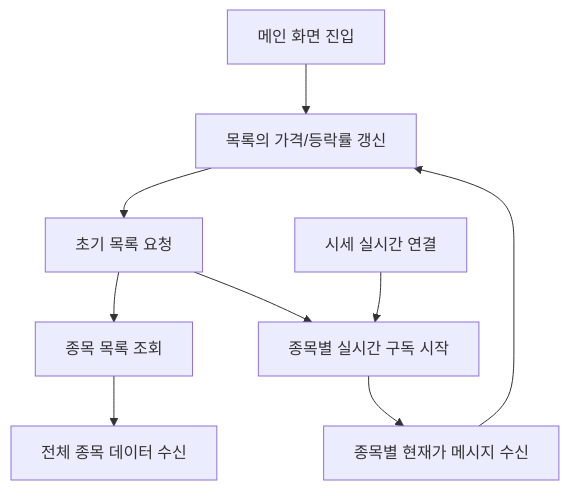
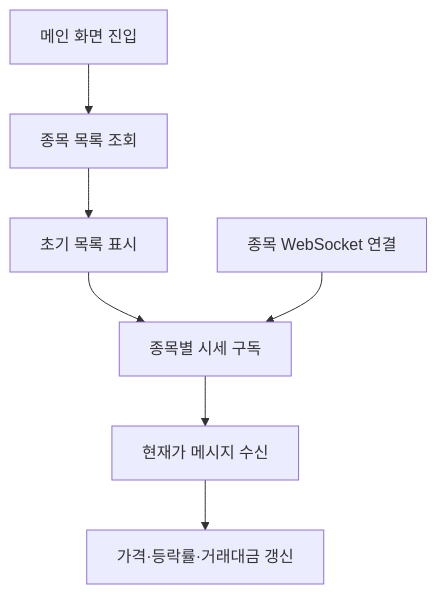
The diagram in StockFrontEnd/docs/02-stock-list.md (poi277/StockProject), drawn with Mermaid before and after one commit. The commit also changed other lines of this file and 49 other files, not shown here.

````diff
--- a/StockFrontEnd/docs/02-stock-list.md
+++ b/StockFrontEnd/docs/02-stock-list.md
@@ -65,11 +79,9 @@
 ```mermaid
 flowchart TD
-  Page["메인 화면 진입"] --> Form["종목 목록 표시"]
-  Form --> Hook["초기 목록 요청"]
-  Hook --> REST["종목 목록 조회"]
-  REST --> Endpoint["전체 종목 데이터 수신"]
-  Hook --> SocketHook["종목별 실시간 구독 시작"]
-  SocketProvider["시세 실시간 연결"] --> SocketHook
-  SocketHook --> Topic["종목별 현재가 메시지 수신"]
-  Topic --> Form["목록의 가격/등락률 갱신"]
+  Page["메인 화면 진입"] --> REST["종목 목록 조회"]
+  REST --> List["초기 목록 표시"]
+  List --> Subscribe["종목별 시세 구독"]
+  Provider["종목 WebSocket 연결"] --> Subscribe
+  Subscribe --> Message["현재가 메시지 수신"]
+  Message --> Update["가격·등락률·거래대금 갱신"]
 ```
````
